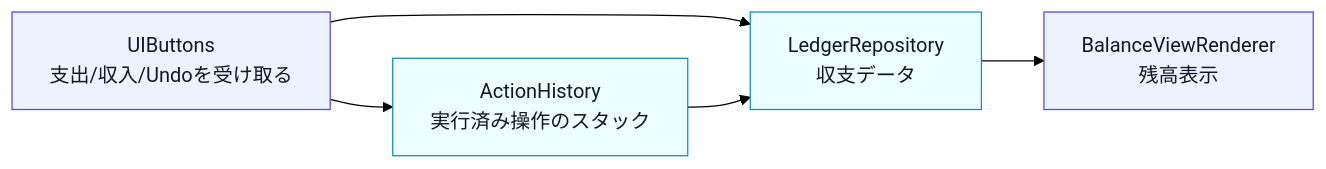
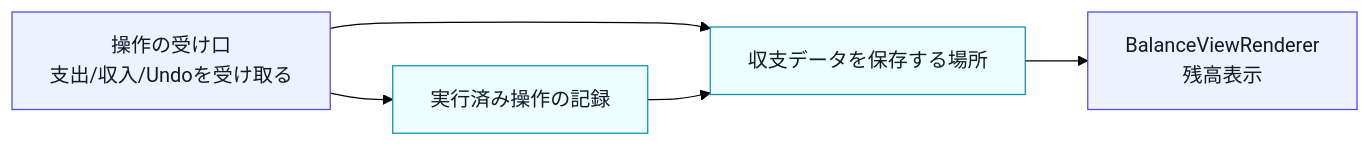
The sixth of 16 diagrams in kindle/design-patterns/output/chapter05.md (kumachan1101-pixel/DesignPattern), drawn with Mermaid (forest theme) before and after one commit. The commit also changed other lines of this file and 4 other files, not shown here.

````diff
--- a/kindle/design-patterns/output/chapter05.md
+++ b/kindle/design-patterns/output/chapter05.md
@@ -564,12 +564,12 @@
 ```mermaid
 flowchart LR
-    B["UIButtons<br>支出/収入/Undoを受け取る"] --> L["LedgerRepository<br>収支データ"]
-    B --> H["ActionHistory<br>実行済み操作のスタック"]
+    B["操作の受け口<br>支出/収入/Undoを受け取る"] --> L["収支データを保存する場所"]
+    B --> H["実行済み操作の記録"]
     H --> L
     L --> R["BalanceViewRenderer<br>残高表示"]
 
     classDef boundary fill:#eef2ff,stroke:#4f46e5,color:#111827;
     classDef data fill:#ecfeff,stroke:#0891b2,color:#111827;
     class B,R boundary;
     class L,H data;
 ```
````
